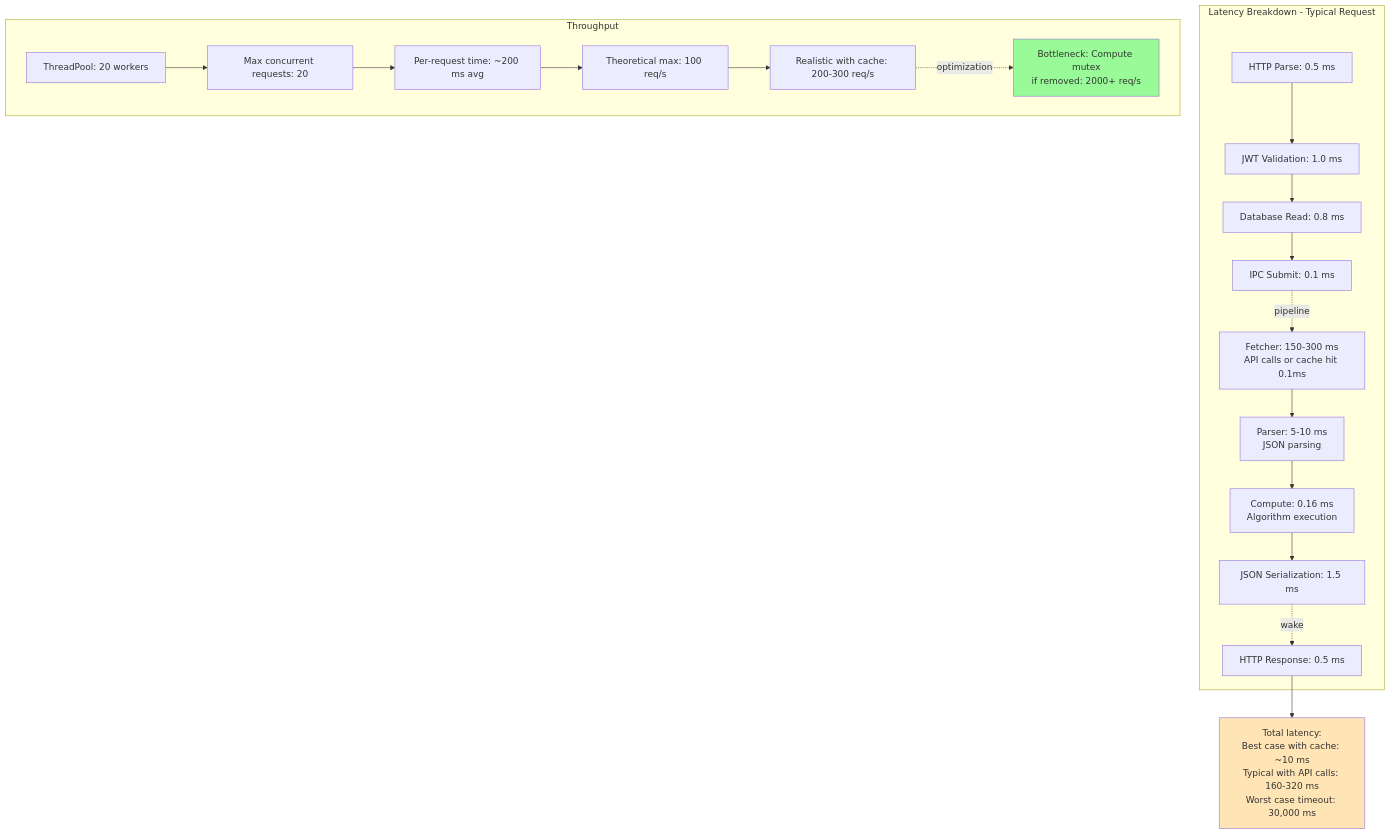
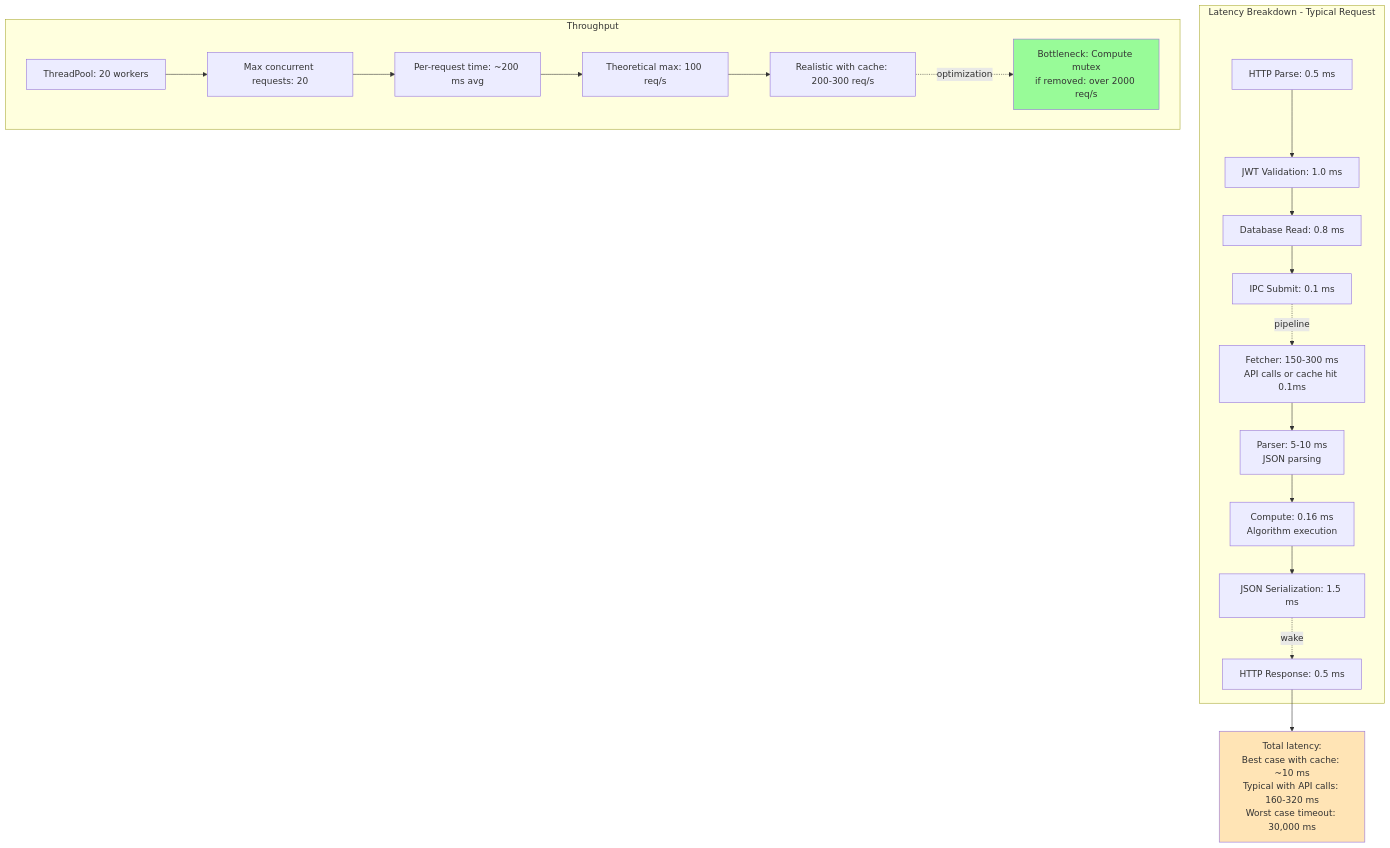
One commit to allejako/GridGuard changed diagram 12 of 15 in docs/Nya/SYSTEM_ARKITEKTUR_MERMAID.md. Above: the diagram before and after it, drawn with Mermaid. The commit also changed other lines of this file and 20 other files, not shown here.

````diff
--- a/docs/Nya/SYSTEM_ARKITEKTUR_MERMAID.md
+++ b/docs/Nya/SYSTEM_ARKITEKTUR_MERMAID.md
@@ -872,39 +872,39 @@
 ```mermaid
 graph TB
     subgraph "Latency Breakdown - Typical Request"
         L1[HTTP Parse: 0.5 ms]
         L2[JWT Validation: 1.0 ms]
         L3[Database Read: 0.8 ms]
         L4[IPC Submit: 0.1 ms]
 
         L5[Fetcher: 150-300 ms<br/>API calls or cache hit 0.1ms]
         L6[Parser: 5-10 ms<br/>JSON parsing]
         L7[Compute: 0.16 ms<br/>Algorithm execution]
 
         L8[JSON Serialization: 1.5 ms]
         L9[HTTP Response: 0.5 ms]
     end
 
     L1 --> L2 --> L3 --> L4
     L4 -.pipeline.-> L5 --> L6 --> L7 --> L8
     L8 -.wake.-> L9
 
     TOTAL["Total latency:<br/>Best case with cache: ~10 ms<br/>Typical with API calls: 160-320 ms<br/>Worst case timeout: 30,000 ms"]
 
     L9 --> TOTAL
 
     subgraph "Throughput"
         T1[ThreadPool: 20 workers]
         T2[Max concurrent requests: 20]
         T3[Per-request time: ~200 ms avg]
         T4[Theoretical max: 100 req/s]
         T5[Realistic with cache: 200-300 req/s]
-        T6[Bottleneck: Compute mutex<br/>if removed: 2000+ req/s]
+        T6[Bottleneck: Compute mutex<br/>if removed: over 2000 req/s]
     end
 
     T1 --> T2 --> T3 --> T4 --> T5
     T5 -.->|optimization| T6
 
     style TOTAL fill:#FFE4B5
     style T6 fill:#98FB98
 ```
````
